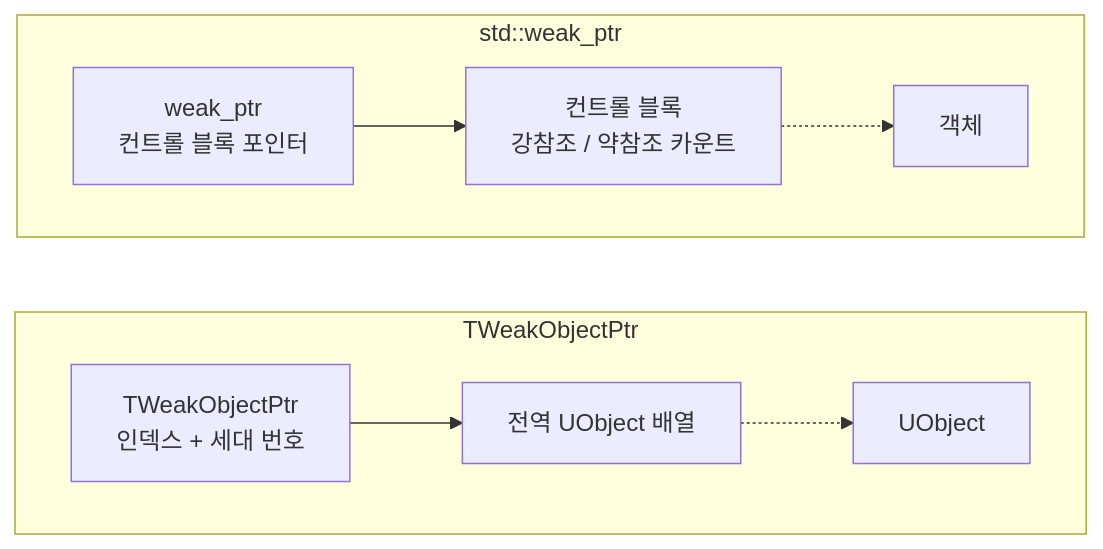
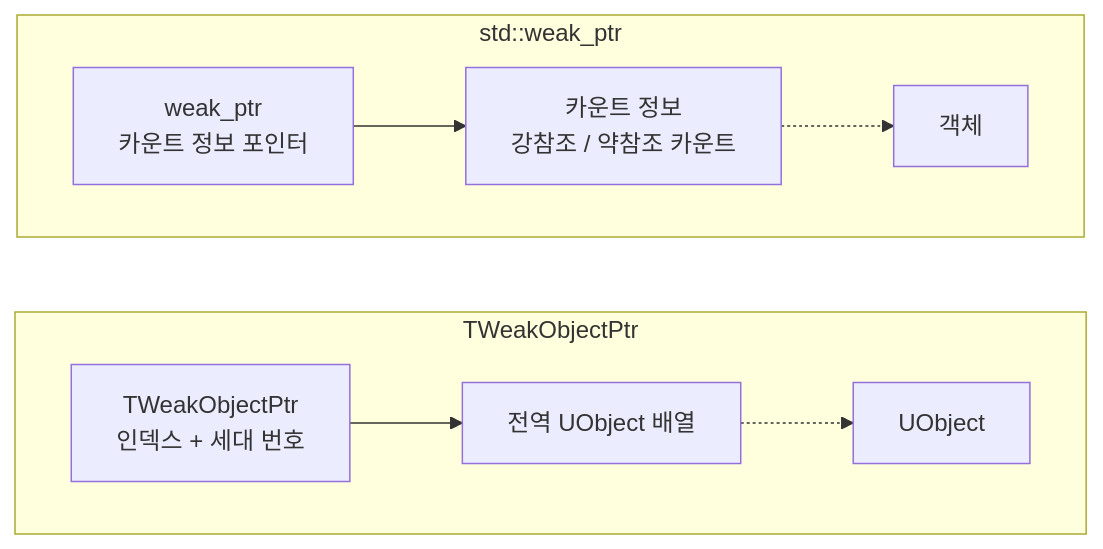
One commit to skamo3/skamo3.github.io changed the second of 2 diagrams in _posts/2026-08-13-cpp-unreal-smart-pointers.md. Above: the diagram before and after it, drawn with Mermaid. The commit also changed other lines of this file, not shown here.

First line of the commit message:
글 수정: 약참조 카운트 절 추가, 컨트롤 블록 표현 제거

```diff
--- a/_posts/2026-08-13-cpp-unreal-smart-pointers.md
+++ b/_posts/2026-08-13-cpp-unreal-smart-pointers.md
@@ -147,12 +158,12 @@
 <pre class="mermaid">
 flowchart TD
     subgraph STD["std::weak_ptr"]
-        W["weak_ptr<br/>컨트롤 블록 포인터"] --> CB["컨트롤 블록<br/>강참조 / 약참조 카운트"]
+        W["weak_ptr<br/>카운트 정보 포인터"] --> CB["카운트 정보<br/>강참조 / 약참조 카운트"]
         CB -.-> OBJ["객체"]
     end
     subgraph UE["TWeakObjectPtr"]
         TW["TWeakObjectPtr<br/>인덱스 + 세대 번호"] --> ARR["전역 UObject 배열"]
         ARR -.-> UO["UObject"]
     end
     STD ~~~ UE
 </pre>
```
